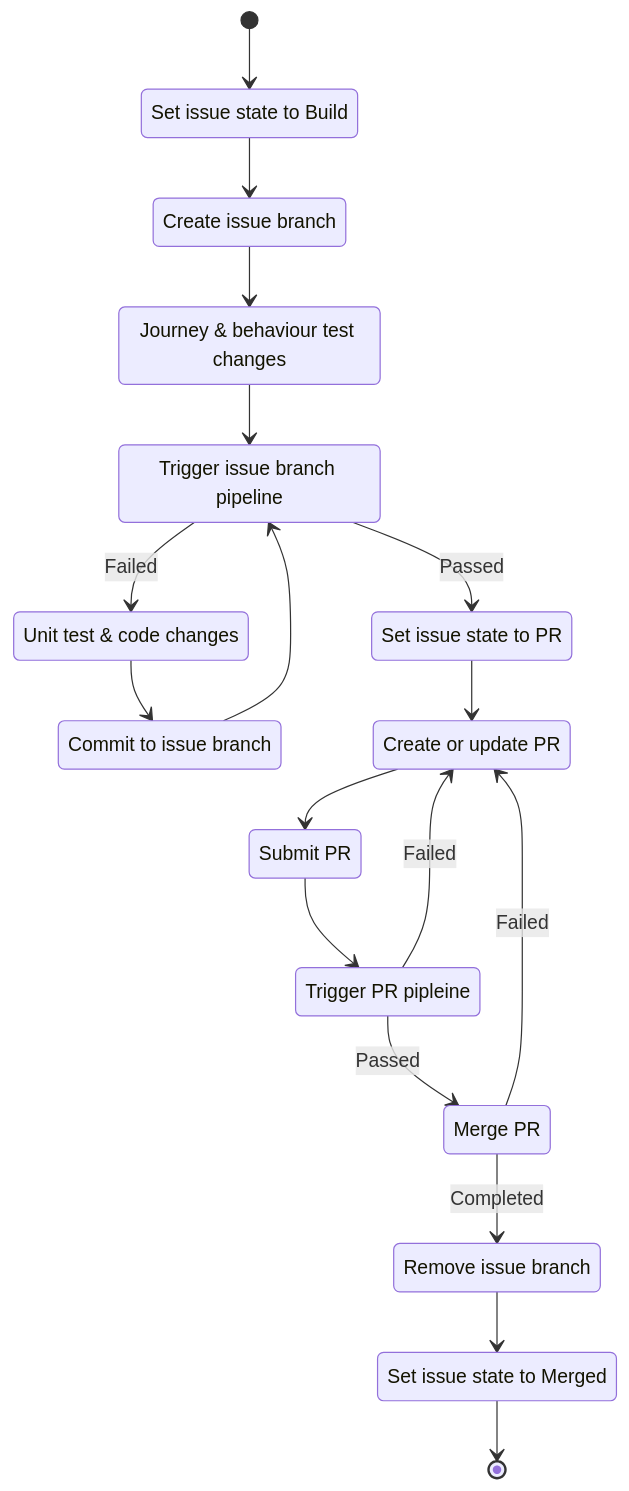
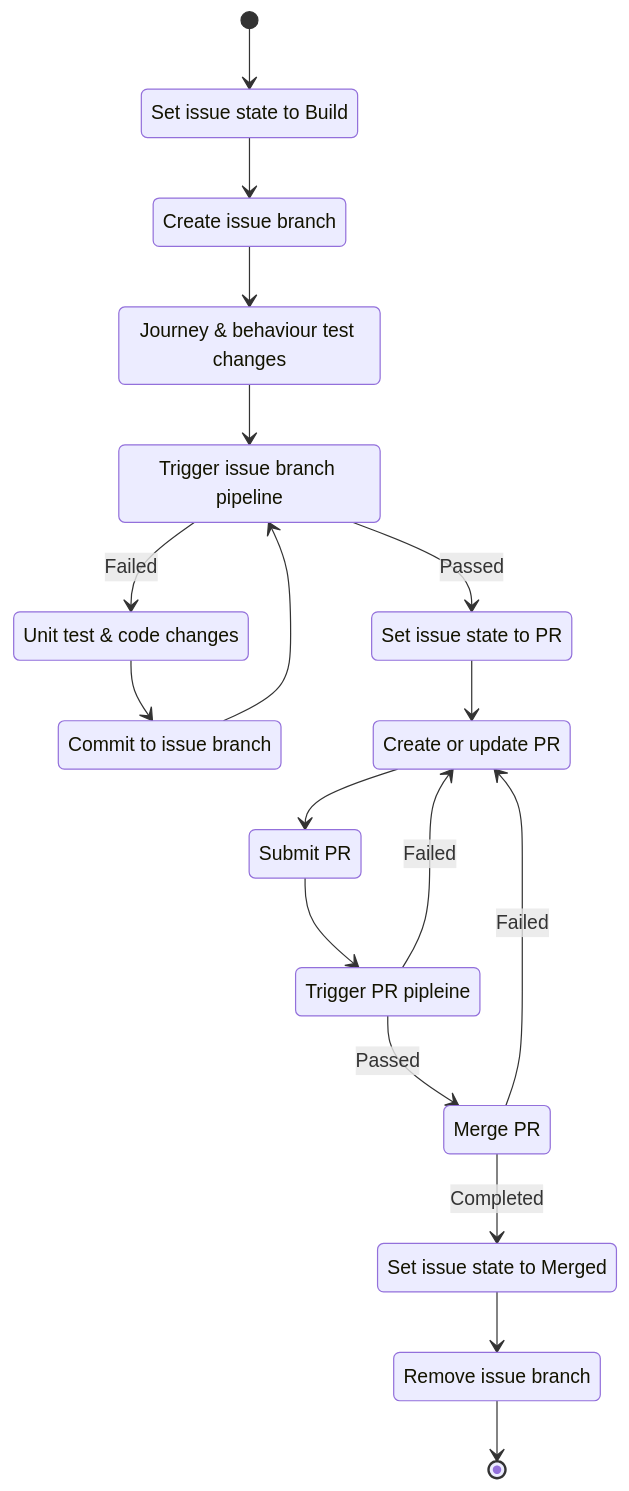
One commit to ContinuousEngineeringProject/ContinuousEngineeringProject.github.io changed the fourth of 6 diagrams in docs/factory_pipelines.md. Above: the diagram before and after it, drawn with Mermaid. The commit also changed other lines of this file, not shown here.

````diff
--- a/docs/factory_pipelines.md
+++ b/docs/factory_pipelines.md
@@ -51,34 +51,34 @@
 ```mermaid
 stateDiagram-v2
   s0 : Set issue state to Build
   s1 : Create issue branch
   s2 : Journey & behaviour test changes
   s3 : Trigger issue branch pipeline
   s4 : Unit test & code changes
   s9 : Commit to issue branch
   s11 : Set issue state to PR
   s5 : Create or update PR
   s6 : Submit PR
   s7 : Trigger PR pipleine
   s8 : Merge PR
   s10 : Remove issue branch
   s12 : Set issue state to Merged
   
   [*] --> s0
   s0 --> s1
   s1 --> s2
   s2 --> s3
   s3 --> s4 : Failed
   s4 --> s9
   s9 --> s3
   s3 --> s11 : Passed
   s11 --> s5
   s5 --> s6
   s6 --> s7
   s7 --> s5 : Failed
   s7 --> s8 : Passed
   s8 --> s5 : Failed
-  s8 --> s10 : Completed
-  s10 --> s12
-  s12 --> [*]
+  s8 --> s12 : Completed
+  s12 --> s10
+  s10 --> [*]
 ```
````
